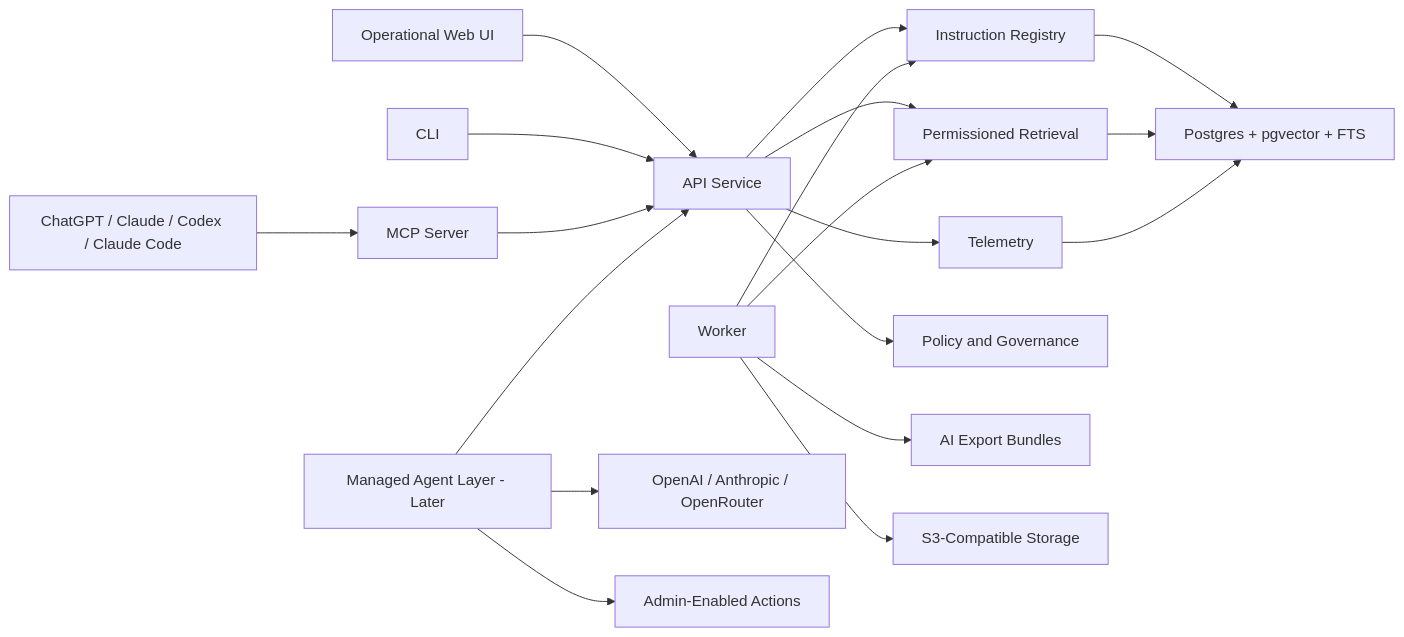
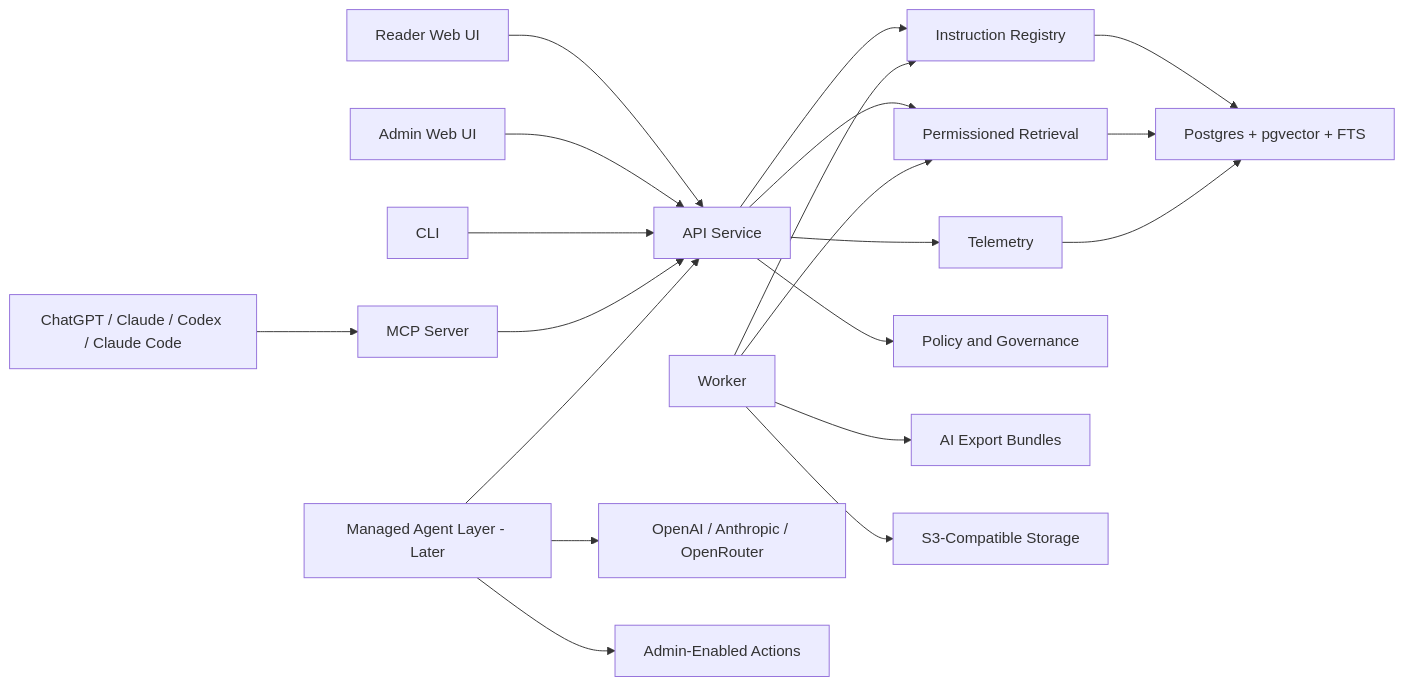
One commit to jremick/forgetbase changed the diagram in docs/ARCHITECTURE.md. Above: the diagram before and after it, drawn with Mermaid. The commit also changed other lines of this file and 53 other files, not shown here.

````diff
--- a/docs/ARCHITECTURE.md
+++ b/docs/ARCHITECTURE.md
@@ -9,21 +9,22 @@
 ```mermaid
 flowchart LR
-  Admin["Operational Web UI"] --> API["API Service"]
+  Reader["Reader Web UI"] --> API["API Service"]
+  Admin["Admin Web UI"] --> API
   CLI["CLI"] --> API
   MCP["MCP Server"] --> API
   Apps["ChatGPT / Claude / Codex / Claude Code"] --> MCP
   API --> Registry["Instruction Registry"]
   API --> Retrieval["Permissioned Retrieval"]
   API --> Telemetry["Telemetry"]
   API --> Policy["Policy and Governance"]
   Worker["Worker"] --> Registry
   Worker --> Retrieval
   Worker --> Exports["AI Export Bundles"]
   Registry --> Postgres["Postgres + pgvector + FTS"]
   Retrieval --> Postgres
   Telemetry --> Postgres
   Worker --> ObjectStore["S3-Compatible Storage"]
   Orchestrator["Managed Agent Layer - Later"] --> API
   Orchestrator --> Providers["OpenAI / Anthropic / OpenRouter"]
   Orchestrator --> Actions["Admin-Enabled Actions"]
 ```
````
